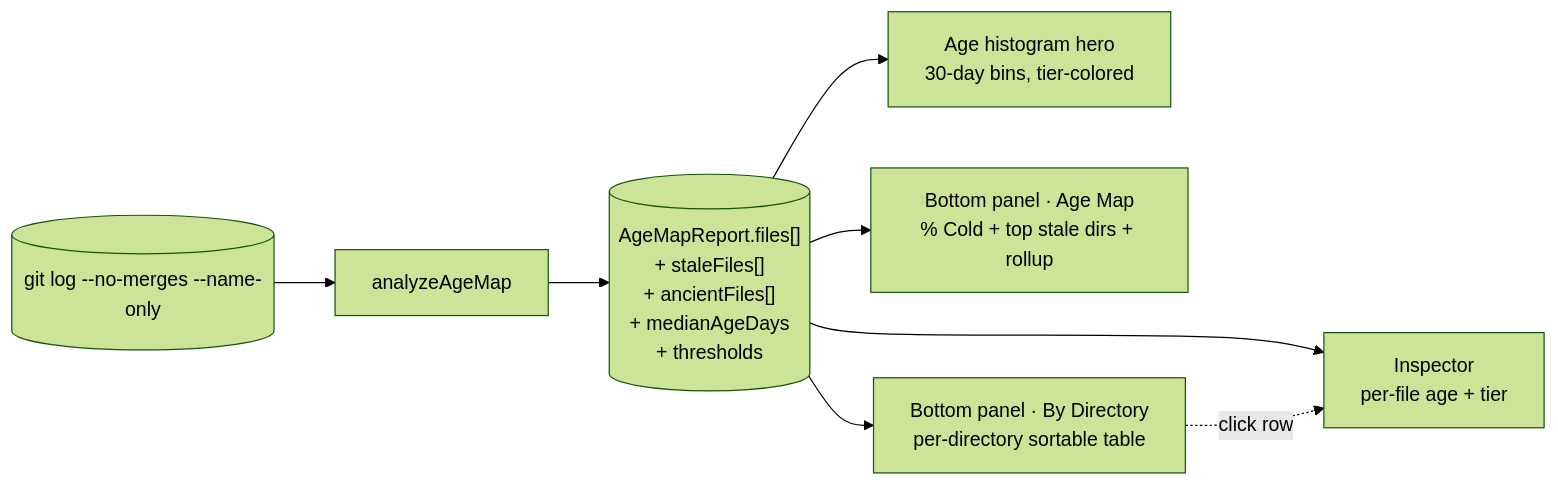
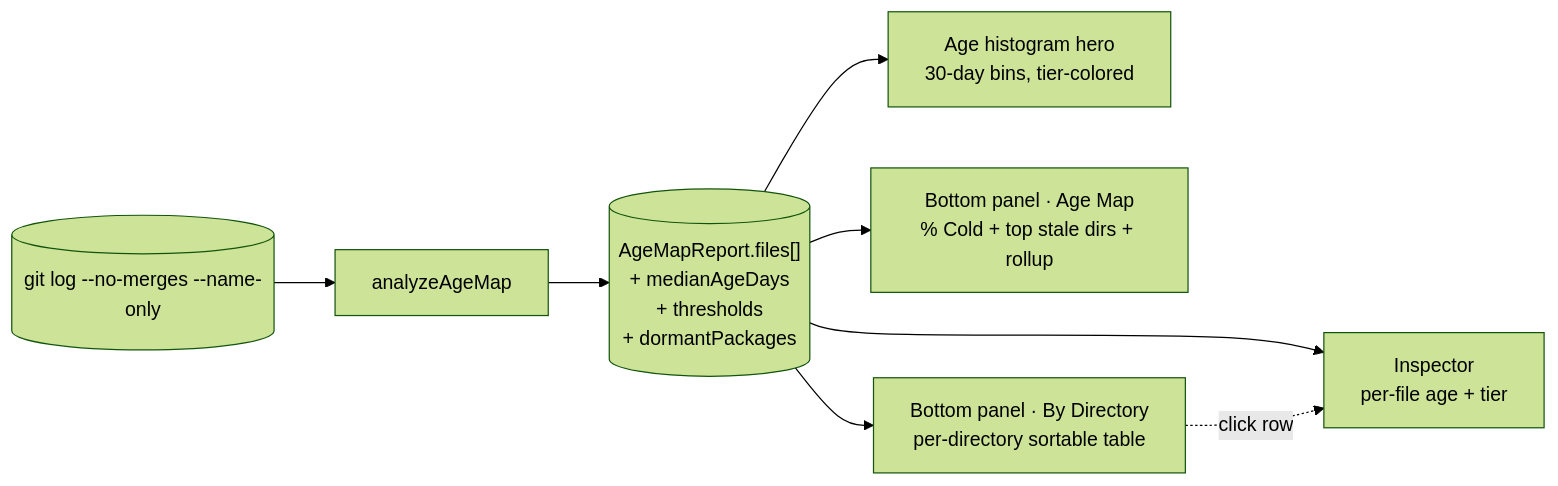
Before and after one commit to nebulord-dev/gitrelic: the diagram in apps/docs/analyzers/age-map.md, drawn with Mermaid (forest theme). The commit also changed other lines of this file and 34 other files, not shown here.

````diff
--- a/apps/docs/analyzers/age-map.md
+++ b/apps/docs/analyzers/age-map.md
@@ -35,10 +35,10 @@
 ```mermaid
 flowchart LR
     G[("git log --no-merges --name-only")] --> A[analyzeAgeMap]
-    A --> R[("AgeMapReport.files[]<br/>+ staleFiles[]<br/>+ ancientFiles[]<br/>+ medianAgeDays<br/>+ thresholds")]
+    A --> R[("AgeMapReport.files[]<br/>+ medianAgeDays<br/>+ thresholds<br/>+ dormantPackages")]
     R --> H["Age histogram hero<br/>30-day bins, tier-colored"]
     R --> B1["Bottom panel · Age Map<br/>% Cold + top stale dirs + rollup"]
     R --> B2["Bottom panel · By Directory<br/>per-directory sortable table"]
     R --> I["Inspector<br/>per-file age + tier"]
     B2 -.click row.-> I
 ```
````
